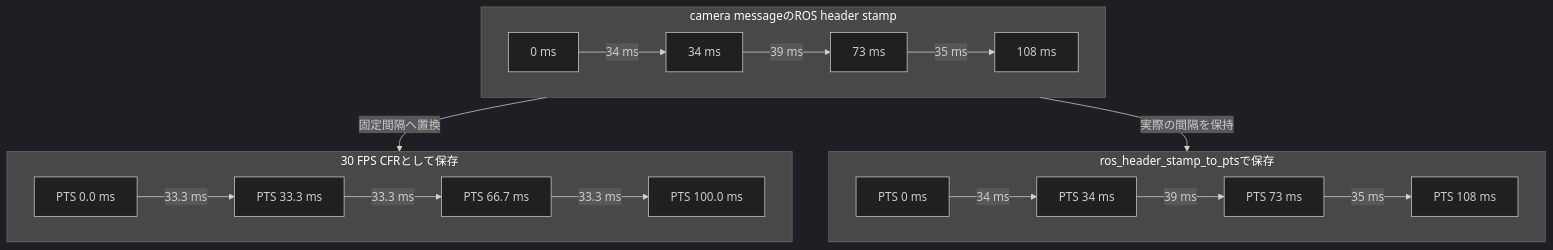
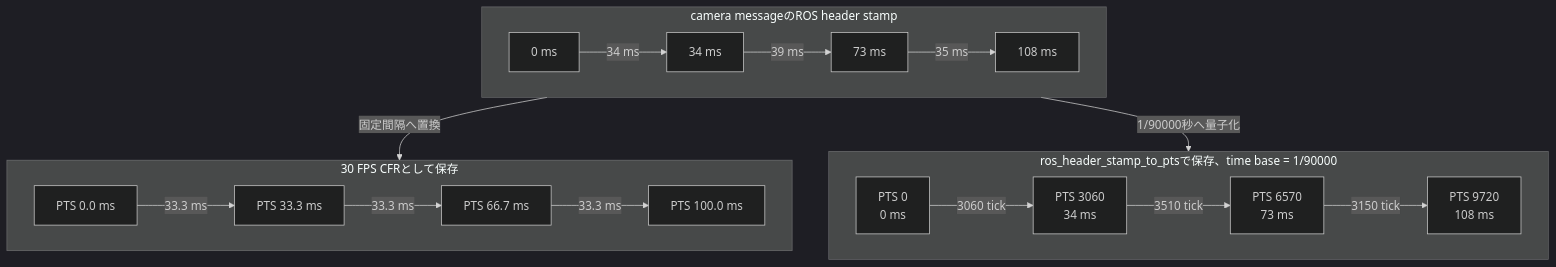
Before and after one commit to takatronix/fluent_vision_ros2: the fifth of 11 diagrams in src/streaming/fv_lerobot_exporter/docs/lerobot_dataset_export.md, drawn with Mermaid (dark theme). The commit also changed other lines of this file and 21 other files, not shown here.

````diff
--- a/src/streaming/fv_lerobot_exporter/docs/lerobot_dataset_export.md
+++ b/src/streaming/fv_lerobot_exporter/docs/lerobot_dataset_export.md
@@ -241,17 +339,17 @@
 ```mermaid
 flowchart TB
     subgraph INPUT["camera messageのROS header stamp"]
         I0["0 ms"] -->|"34 ms"| I1["34 ms"] -->|"39 ms"| I2["73 ms"] -->|"35 ms"| I3["108 ms"]
     end
 
     subgraph CFR["30 FPS CFRとして保存"]
         C0["PTS 0.0 ms"] -->|"33.3 ms"| C1["PTS 33.3 ms"] -->|"33.3 ms"| C2["PTS 66.7 ms"] -->|"33.3 ms"| C3["PTS 100.0 ms"]
     end
 
-    subgraph ROSPTS["ros_header_stamp_to_ptsで保存"]
-        V0["PTS 0 ms"] -->|"34 ms"| V1["PTS 34 ms"] -->|"39 ms"| V2["PTS 73 ms"] -->|"35 ms"| V3["PTS 108 ms"]
+    subgraph ROSPTS["ros_header_stamp_to_ptsで保存、time base = 1/90000"]
+        V0["PTS 0<br/>0 ms"] -->|"3060 tick"| V1["PTS 3060<br/>34 ms"] -->|"3510 tick"| V2["PTS 6570<br/>73 ms"] -->|"3150 tick"| V3["PTS 9720<br/>108 ms"]
     end
 
     INPUT -->|"固定間隔へ置換"| CFR
-    INPUT -->|"実際の間隔を保持"| ROSPTS
+    INPUT -->|"1/90000秒へ量子化"| ROSPTS
 ```
````
